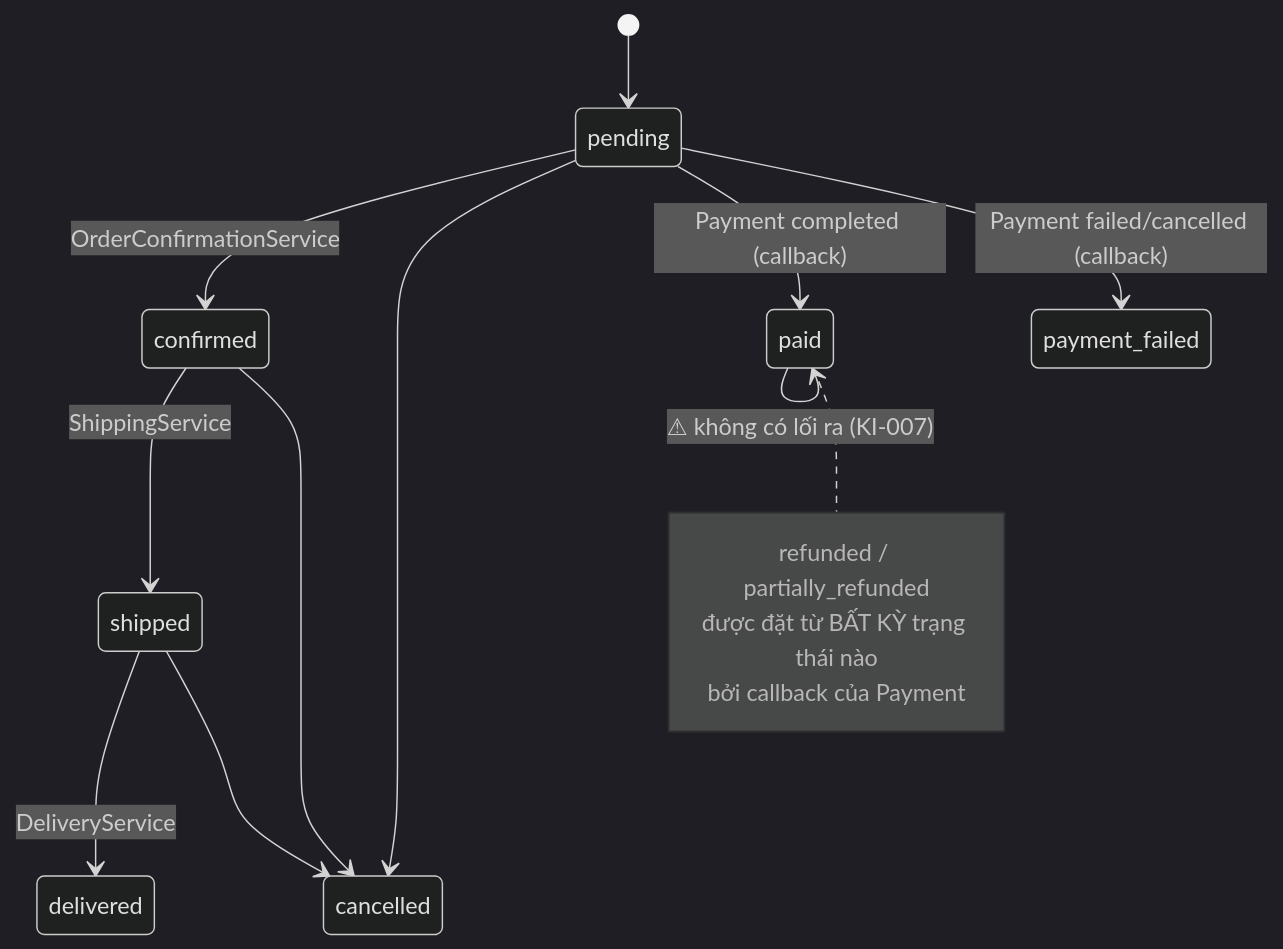
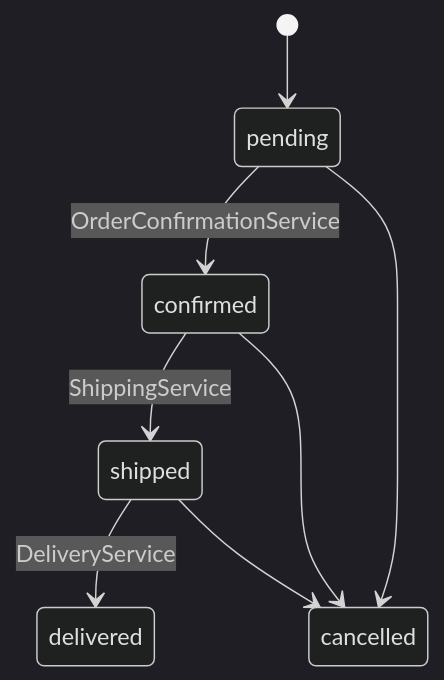
Before and after one commit to phuochuyy/store-api: the first of 4 diagrams in docs/onboarding/02-domain-map.md, drawn with Mermaid (dark theme). The commit also changed other lines of this file and 4 other files, not shown here.

````diff
--- a/docs/onboarding/02-domain-map.md
+++ b/docs/onboarding/02-domain-map.md
@@ -37,18 +43,10 @@
 ```mermaid
 stateDiagram-v2
   [*] --> pending
   pending --> confirmed: OrderConfirmationService
   confirmed --> shipped: ShippingService
   shipped --> delivered: DeliveryService
   pending --> cancelled
   confirmed --> cancelled
   shipped --> cancelled
-  pending --> paid: Payment completed (callback)
-  pending --> payment_failed: Payment failed/cancelled (callback)
-  paid --> paid: ⚠ không có lối ra (KI-007)
-  note right of paid
-    refunded / partially_refunded
-    được đặt từ BẤT KỲ trạng thái nào
-    bởi callback của Payment
-  end note
 ```
````
